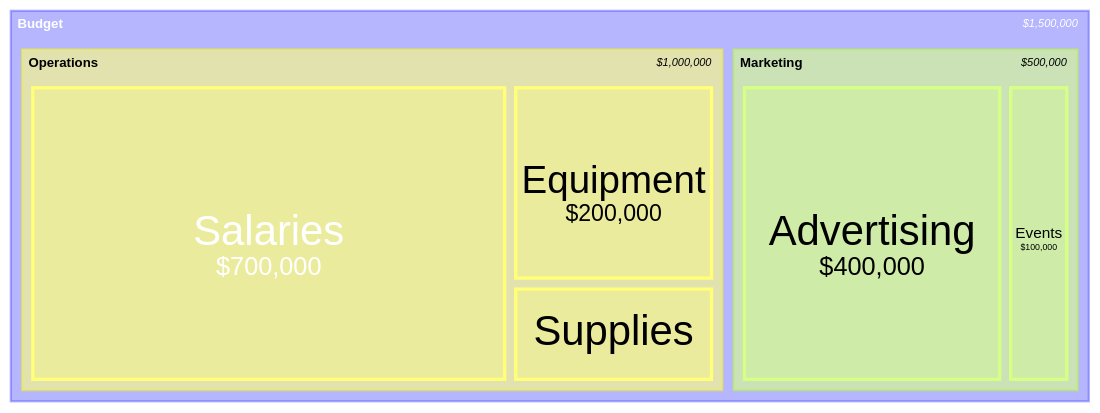
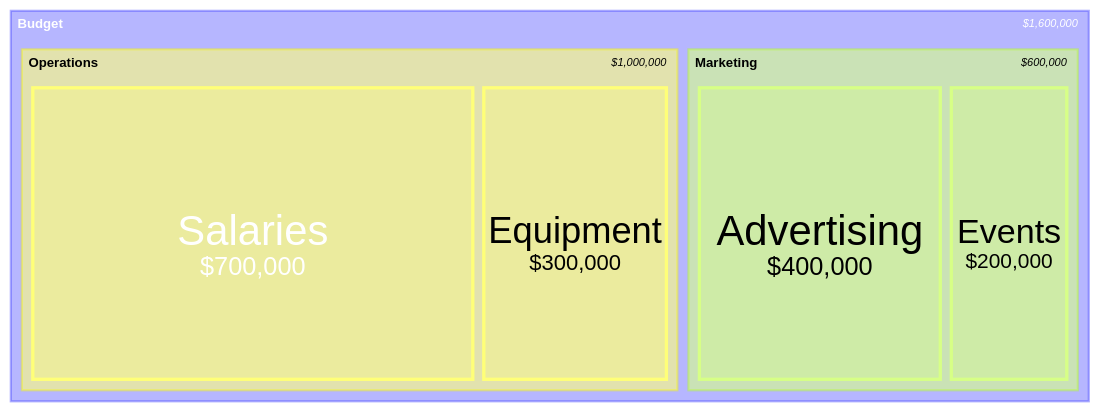
The fifth of 6 diagrams in skills/diagrammer/specs/mermaid/treemap.md (hgrabows/diagrammer-skills), drawn with Mermaid before and after one commit. The commit also changed other lines of this file and 127 other files, not shown here.

First line of the commit message:
feat: audit all specs, add example gallery, fix PlantUML and Gantt rendering

````diff
--- a/skills/diagrammer/specs/mermaid/treemap.md
+++ b/skills/diagrammer/specs/mermaid/treemap.md
@@ -121,16 +117,15 @@
 ```mermaid
 ---
 config:
   treemap:
     valueFormat: '$0,0'
 ---
 treemap-beta
 "Budget"
     "Operations"
         "Salaries": 700000
-        "Equipment": 200000
-        "Supplies": 100000
+        "Equipment": 300000
     "Marketing"
         "Advertising": 400000
-        "Events": 100000
+        "Events": 200000
 ```
````
